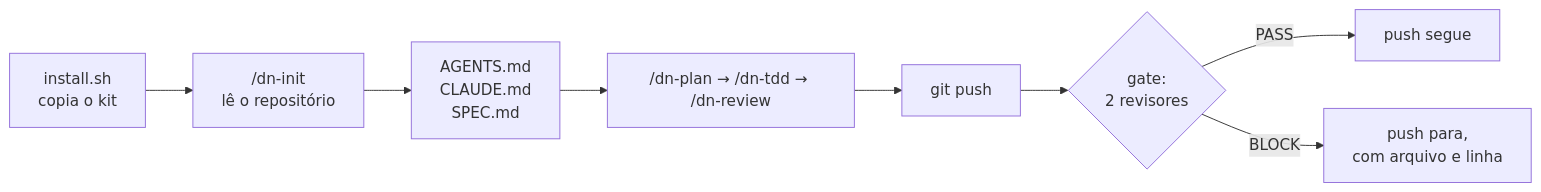
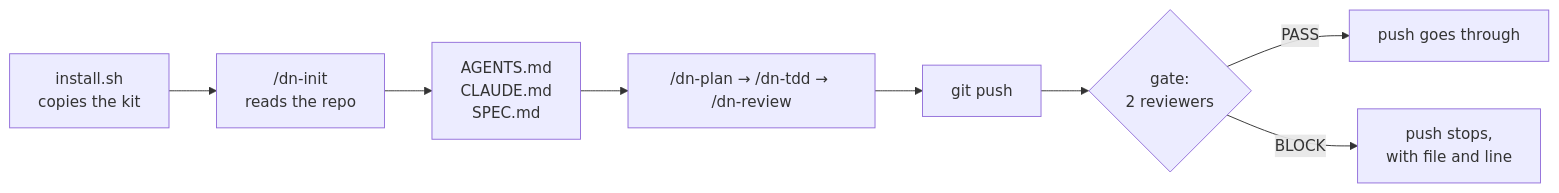
One commit to mrtinsjoao/dadosnow-agent-kit changed the diagram in README.md. Above: the diagram before and after it, drawn with Mermaid. The commit also changed other lines of this file and 5 other files, not shown here.

````diff
--- a/README.md
+++ b/README.md
@@ -113,10 +125,10 @@
 ```mermaid
 flowchart LR
-  A["install.sh<br/>copia o kit"] --> B["/dn-init<br/>lê o repositório"]
+  A["install.sh<br/>copies the kit"] --> B["/dn-init<br/>reads the repo"]
   B --> C["AGENTS.md<br/>CLAUDE.md<br/>SPEC.md"]
   C --> D["/dn-plan → /dn-tdd → /dn-review"]
   D --> E["git push"]
-  E --> F{"gate:<br/>2 revisores"}
-  F -->|PASS| G["push segue"]
-  F -->|BLOCK| H["push para,<br/>com arquivo e linha"]
+  E --> F{"gate:<br/>2 reviewers"}
+  F -->|PASS| G["push goes through"]
+  F -->|BLOCK| H["push stops,<br/>with file and line"]
 ```
````
